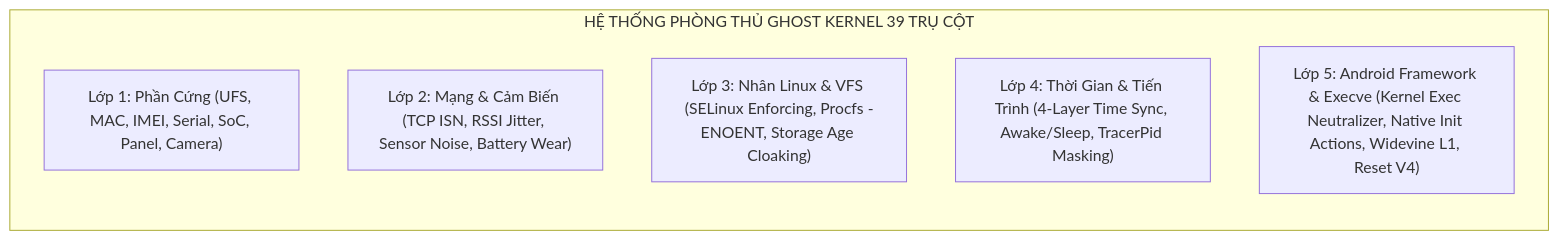
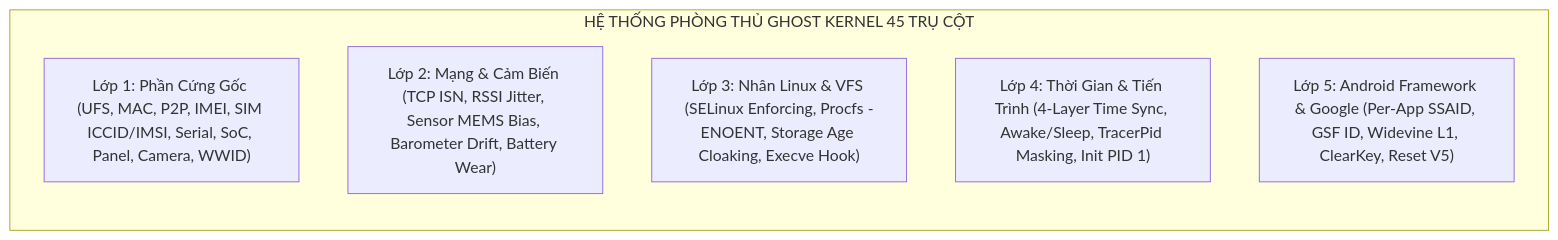
One commit to khiconjk/2100 changed the diagram in GHOST_KERNEL_37_PILLARS_GUIDE.md. Above: the diagram before and after it, drawn with Mermaid. The commit also changed other lines of this file and 23 other files, not shown here.

First line of the commit message:
feat(ghost): Implement Pillars 40-42 & Advanced Kernel Stealth Jitter

````diff
--- a/GHOST_KERNEL_37_PILLARS_GUIDE.md
+++ b/GHOST_KERNEL_37_PILLARS_GUIDE.md
@@ -573,11 +655,11 @@
 ```mermaid
 graph TD
-    subgraph DEFENSE ["HỆ THỐNG PHÒNG THỦ GHOST KERNEL 39 TRỤ CỘT"]
+    subgraph DEFENSE ["HỆ THỐNG PHÒNG THỦ GHOST KERNEL 45 TRỤ CỘT"]
         direction TB
-        L1["Lớp 1: Phần Cứng (UFS, MAC, IMEI, Serial, SoC, Panel, Camera)"]
-        L2["Lớp 2: Mạng & Cảm Biến (TCP ISN, RSSI Jitter, Sensor Noise, Battery Wear)"]
-        L3["Lớp 3: Nhân Linux & VFS (SELinux Enforcing, Procfs -ENOENT, Storage Age Cloaking)"]
-        L4["Lớp 4: Thời Gian & Tiến Trình (4-Layer Time Sync, Awake/Sleep, TracerPid Masking)"]
-        L5["Lớp 5: Android Framework & Execve (Kernel Exec Neutralizer, Native Init Actions, Widevine L1, Reset V4)"]
+        L1["Lớp 1: Phần Cứng Gốc (UFS, MAC, P2P, IMEI, SIM ICCID/IMSI, Serial, SoC, Panel, Camera, WWID)"]
+        L2["Lớp 2: Mạng & Cảm Biến (TCP ISN, RSSI Jitter, Sensor MEMS Bias, Barometer Drift, Battery Wear)"]
+        L3["Lớp 3: Nhân Linux & VFS (SELinux Enforcing, Procfs -ENOENT, Storage Age Cloaking, Execve Hook)"]
+        L4["Lớp 4: Thời Gian & Tiến Trình (4-Layer Time Sync, Awake/Sleep, TracerPid Masking, Init PID 1)"]
+        L5["Lớp 5: Android Framework & Google (Per-App SSAID, GSF ID, Widevine L1, ClearKey, Reset V5)"]
     end
 ```
````
